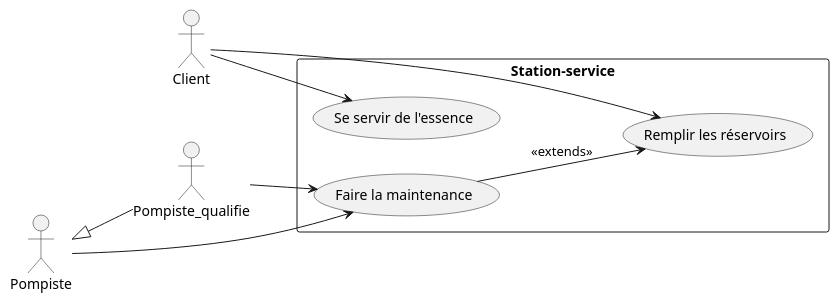
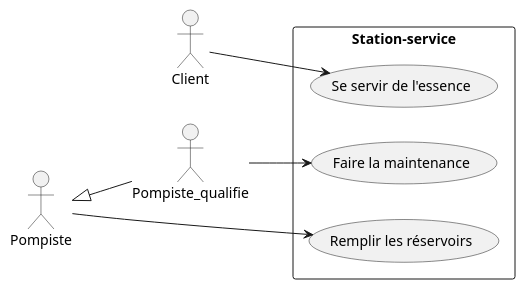
One commit to AlimouDiallo367/1SY-AnalyseObjet changed the diagram in UML/Exercices01/question01.4.wsd. Above: the diagram before and after it, drawn with PlantUML. The commit also changed 3 other files, not shown here.

```diff
--- a/UML/Exercices01/question01.4.wsd
+++ b/UML/Exercices01/question01.4.wsd
@@ -1,20 +1,20 @@
 @startuml 
 left to right direction
 
 actor Client 
 actor Pompiste
 actor Pompiste_qualifie
 
 rectangle "Station-service" {
     usecase "Se servir de l'essence" as UC0
     usecase "Remplir les réservoirs" as UC1
     usecase "Faire la maintenance" as UC2
 }
 
+
 Client --> UC0
-Client --> UC1
+Pompiste --> UC1
 Pompiste <|-- Pompiste_qualifie
-Pompiste --> UC2
 Pompiste_qualifie --> UC2
-UC2 --> UC1 : <<extends>>
+
 @enduml
```
